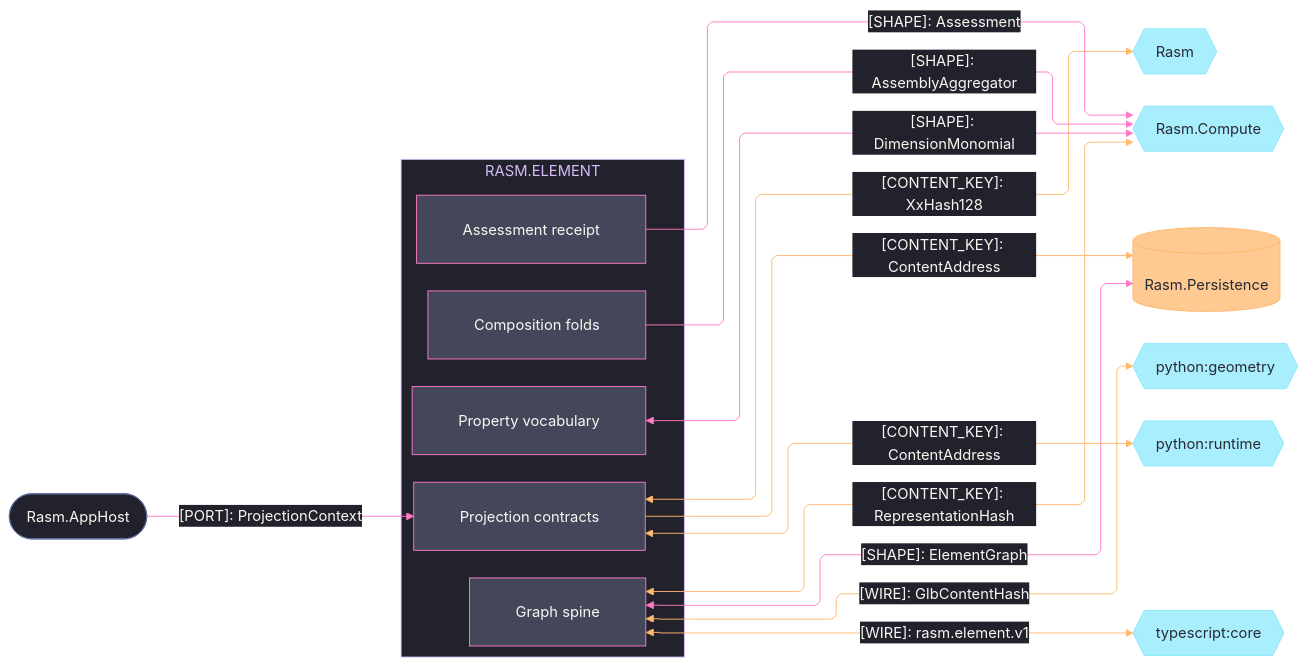
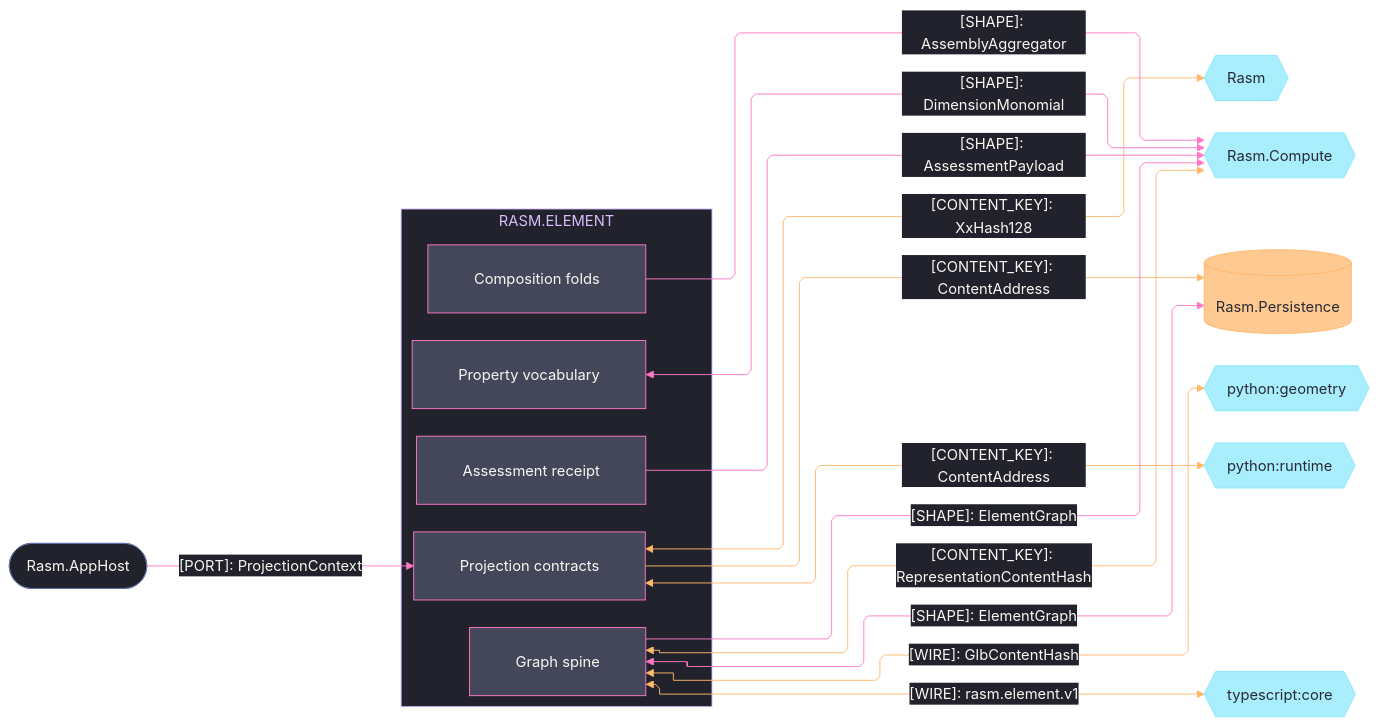
One commit to bsamiee/Rasm changed the third of 3 diagrams in libs/csharp/Rasm.Element/ARCHITECTURE.md. Above: the diagram before and after it, drawn with Mermaid. The commit also changed other lines of this file and 24 other files, not shown here.

Commit message:
architecture: seam registries + codemaps aligned across the estate (worker fabric edges, scene rows, csharp/ts seam mirrors)

````diff
--- a/libs/csharp/Rasm.Element/ARCHITECTURE.md
+++ b/libs/csharp/Rasm.Element/ARCHITECTURE.md
@@ -101,68 +191,69 @@
 ```mermaid
 ---
 config:
   theme: base
   look: classic
   layout: elk
   flowchart:
     curve: linear
     padding: 25
   themeVariables:
     darkMode: true
     fontFamily: "SF Mono, Menlo, Cascadia Mono, Segoe UI Mono, Consolas, monospace"
     useGradient: false
     dropShadow: "none"
     background: "#282A36"
     primaryColor: "#44475A"
     primaryTextColor: "#F8F8F2"
     primaryBorderColor: "#BD93F9"
     lineColor: "#FF79C6"
     textColor: "#F8F8F2"
     clusterBkg: "#21222C"
     clusterBorder: "#D6BCFA"
     edgeLabelBackground: "#21222C"
     labelBackgroundColor: "#21222C"
     titleColor: "#D6BCFA"
   themeCSS: ".nodeLabel{font-size:13px;font-weight:500}.edgeLabel{font-size:12px;font-weight:500}.cluster-label .nodeLabel{font-size:13.5px;font-weight:700;letter-spacing:.08em}.edge-thickness-normal{stroke-width:2px}.edge-thickness-thick{stroke-width:3px}.edge-pattern-dashed,.edge-pattern-dotted{stroke-width:1.5px;stroke-dasharray:4 6}.node rect,.node circle,.node polygon,.node path,.node .outer-path{stroke-width:1.5px;filter:none!important}.cluster rect{stroke-width:1px!important;stroke-dasharray:5 4!important;filter:none!important}.marker path{transform:scale(.8);transform-origin:5px 5px}.marker circle{transform:scale(.48);transform-origin:5px 5px}.edgeLabel rect{transform-box:fill-box;transform-origin:center;transform:scale(1.1,1.2)}"
 ---
 flowchart LR
     accTitle: Element platform and cross-runtime wire seams
     accDescr: Element sub-domain owners exchanging content keys and wires with the kernel, app host, compute, persistence, and the Python and TypeScript peers, edge rails colored by kind and nodes classed by seam direction.
     subgraph element[RASM.ELEMENT]
         Graph[Graph spine]
         Projection[Projection contracts]
         Composition[Composition folds]
         Properties[Property vocabulary]
         Assessment[Assessment receipt]
     end
     Rasm{{Rasm}}
     AppHost([Rasm.AppHost])
     Compute{{Rasm.Compute}}
     Persistence[(Rasm.Persistence)]
     Geometry{{python:geometry}}
     Runtime{{python:runtime}}
     Core{{typescript:core}}
     Projection e1@<-->|"[CONTENT_KEY]: XxHash128"| Rasm
     AppHost e2@-->|"[PORT]: ProjectionContext"| Projection
     Projection e3@-->|"[CONTENT_KEY]: ContentAddress"| Persistence
     Graph e4@<-->|"[SHAPE]: ElementGraph"| Persistence
-    Graph e5@<-->|"[CONTENT_KEY]: RepresentationHash"| Compute
+    Graph e5@<-->|"[CONTENT_KEY]: RepresentationContentHash"| Compute
     Composition e6@-->|"[SHAPE]: AssemblyAggregator"| Compute
     Properties e7@<-->|"[SHAPE]: DimensionMonomial"| Compute
-    Assessment e8@-->|"[SHAPE]: Assessment"| Compute
+    Assessment e8@-->|"[SHAPE]: AssessmentPayload"| Compute
     Graph e9@<-->|"[WIRE]: GlbContentHash"| Geometry
     Projection e10@<-->|"[CONTENT_KEY]: ContentAddress"| Runtime
     Graph e11@<-->|"[WIRE]: rasm.element.v1"| Core
+    Graph e12@-->|"[SHAPE]: ElementGraph"| Compute
     classDef primary fill:#44475A,stroke:#FF79C6,color:#F8F8F2
     classDef external fill:#8BE9FDBF,stroke:#8BE9FD,color:#282A36
     classDef data fill:#FFB86CBF,stroke:#FFB86C,color:#282A36
     classDef annotation fill:#21222C,stroke:#6272A4,color:#F8F8F2
     classDef edgeData stroke:#FFB86C,color:#F8F8F2
     classDef edgeControl stroke:#FF79C6,color:#F8F8F2
     class Graph,Projection,Composition,Properties,Assessment primary
     class Rasm,Compute,Geometry,Runtime,Core external
     class Persistence data
     class AppHost annotation
     class e1,e3,e5,e9,e10,e11 edgeData
-    class e2,e4,e6,e7,e8 edgeControl
+    class e2,e4,e6,e7,e8,e12 edgeControl
 ```
````
